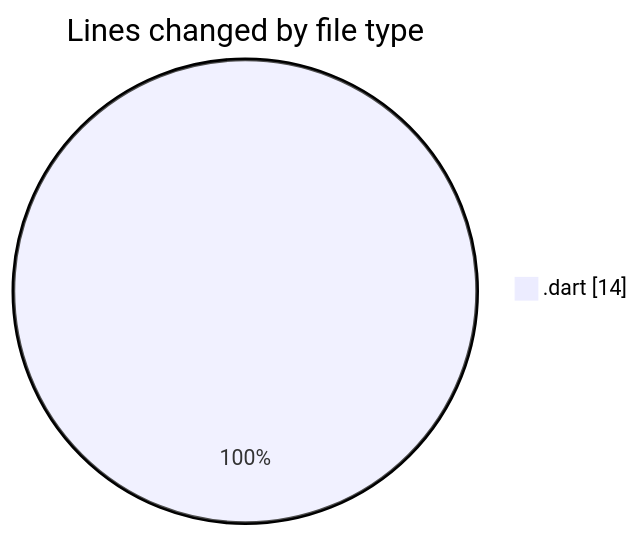
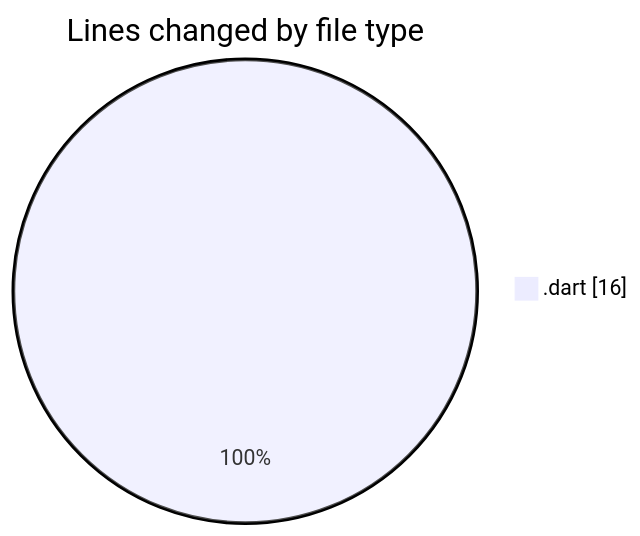
The first of 2 diagrams in 2025-03-26/elitesun/README.md (Elitesun/code-tracking), drawn with Mermaid before and after one commit. The commit also changed other lines of this file and 1 other file, not shown here.

````diff
--- a/2025-03-26/elitesun/README.md
+++ b/2025-03-26/elitesun/README.md
@@ -20,5 +20,5 @@
 ```mermaid
 pie showData
 title Lines changed by file type
-".dart" : 14
+".dart" : 16
 ```
````
